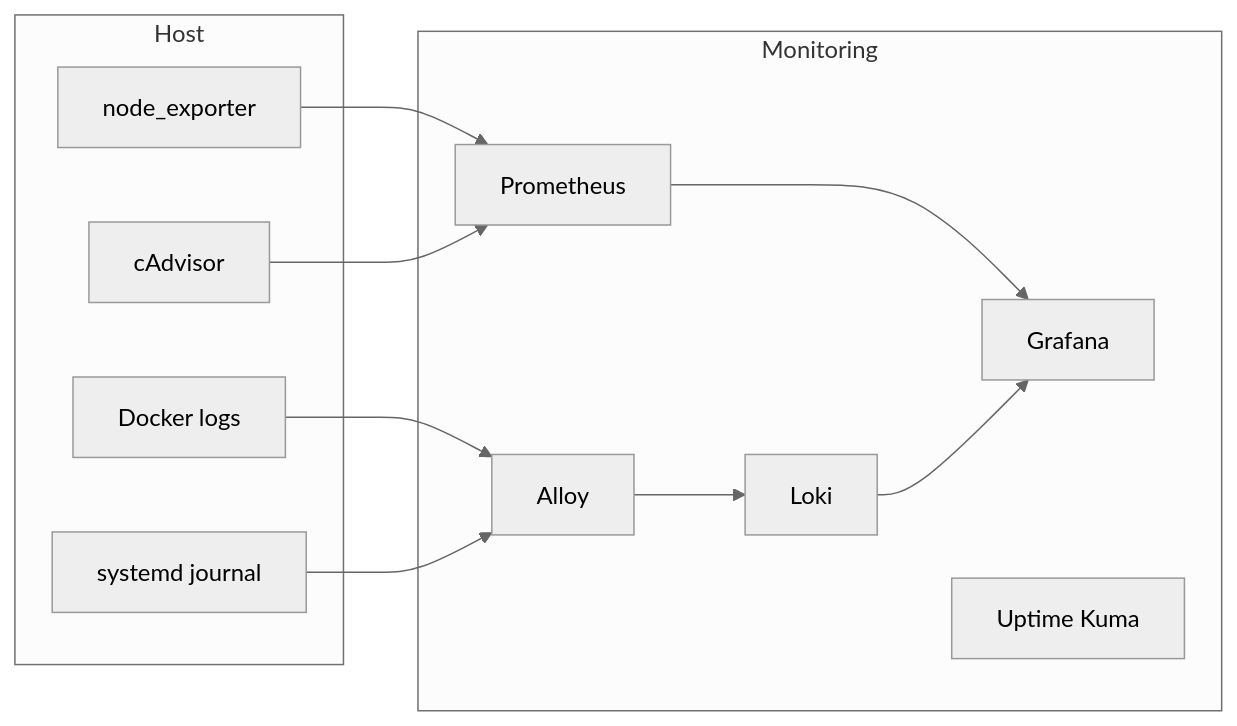
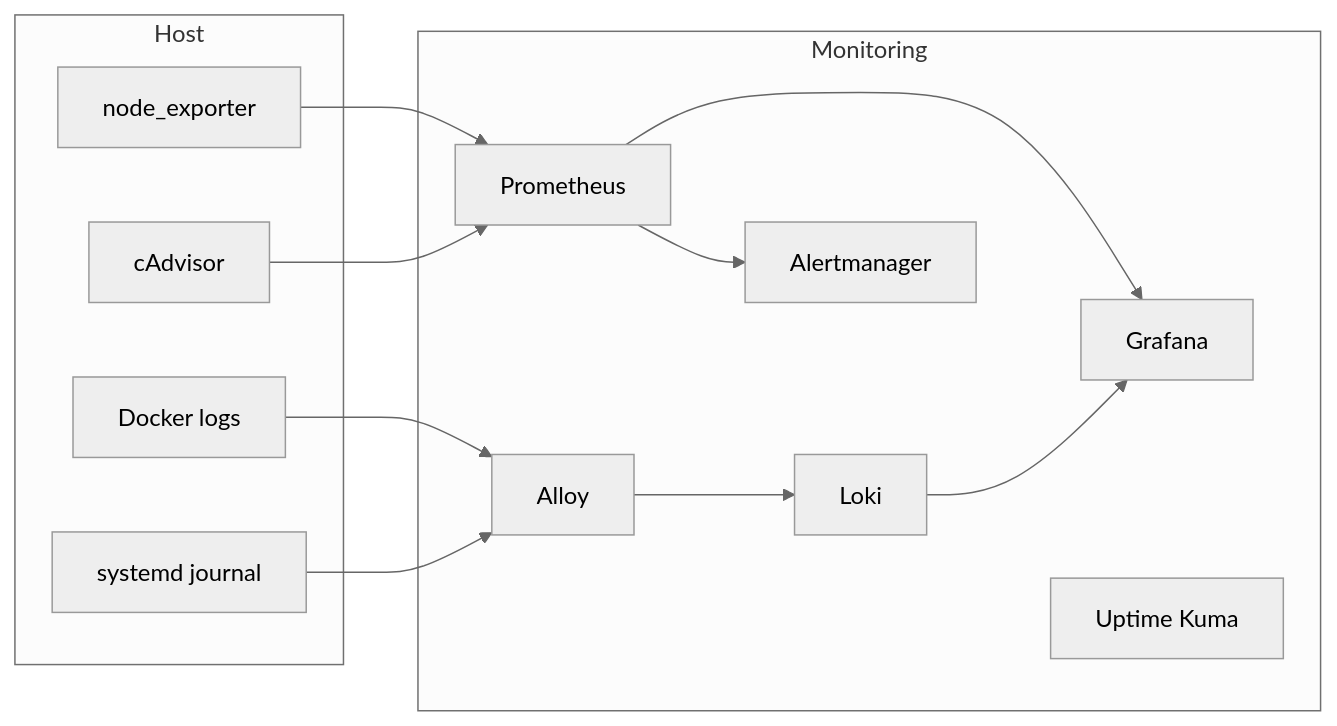
The diagram in README.md (fabianwimberger/monitoring-stack), drawn with Mermaid (neutral theme) before and after one commit. The commit also changed other lines of this file and 6 other files, not shown here.

````diff
--- a/README.md
+++ b/README.md
@@ -84,24 +85,26 @@
 ```mermaid
 flowchart LR
     subgraph Host
         node[node_exporter]
         cadvisor[cAdvisor]
         journal[systemd journal]
         docker[Docker logs]
     end
 
     subgraph Monitoring
         prom[Prometheus]
         loki[Loki]
         alloy[Alloy]
         grafana[Grafana]
         kuma[Uptime Kuma]
+        am[Alertmanager]
     end
 
     node --> prom
     cadvisor --> prom
     docker --> alloy --> loki
     journal --> alloy
     prom --> grafana
+    prom --> am
     loki --> grafana
 ```
````
